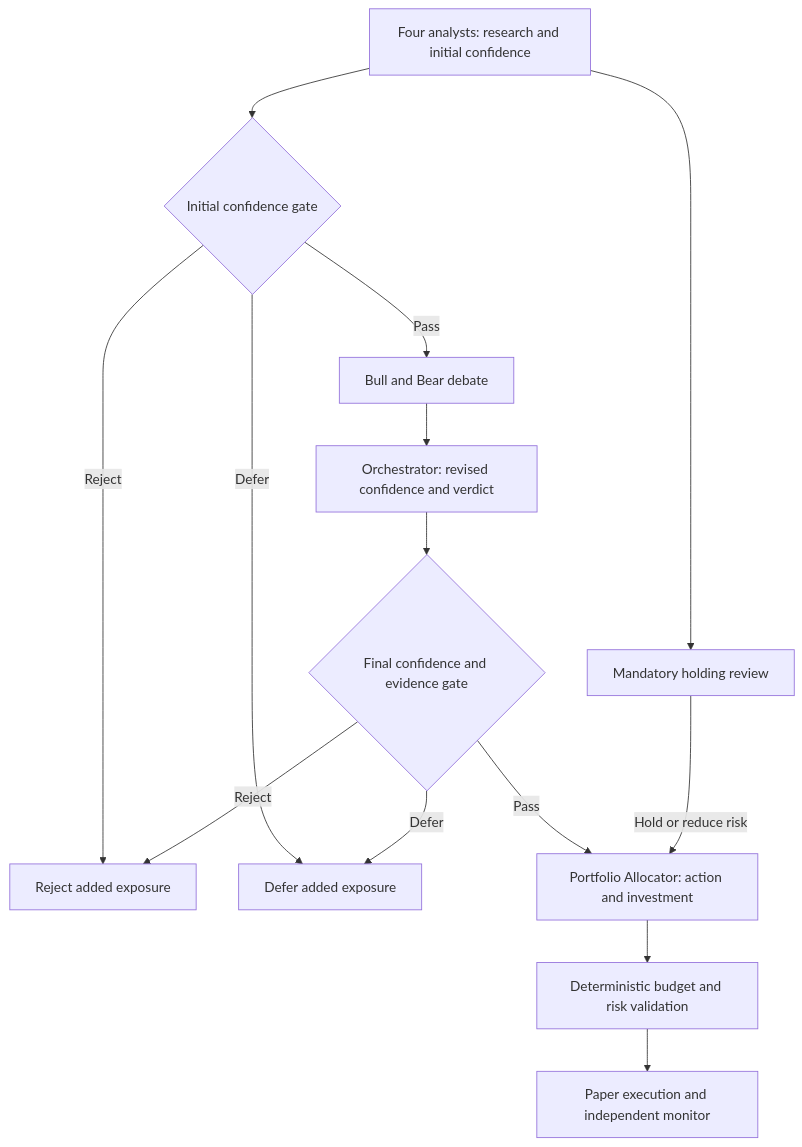
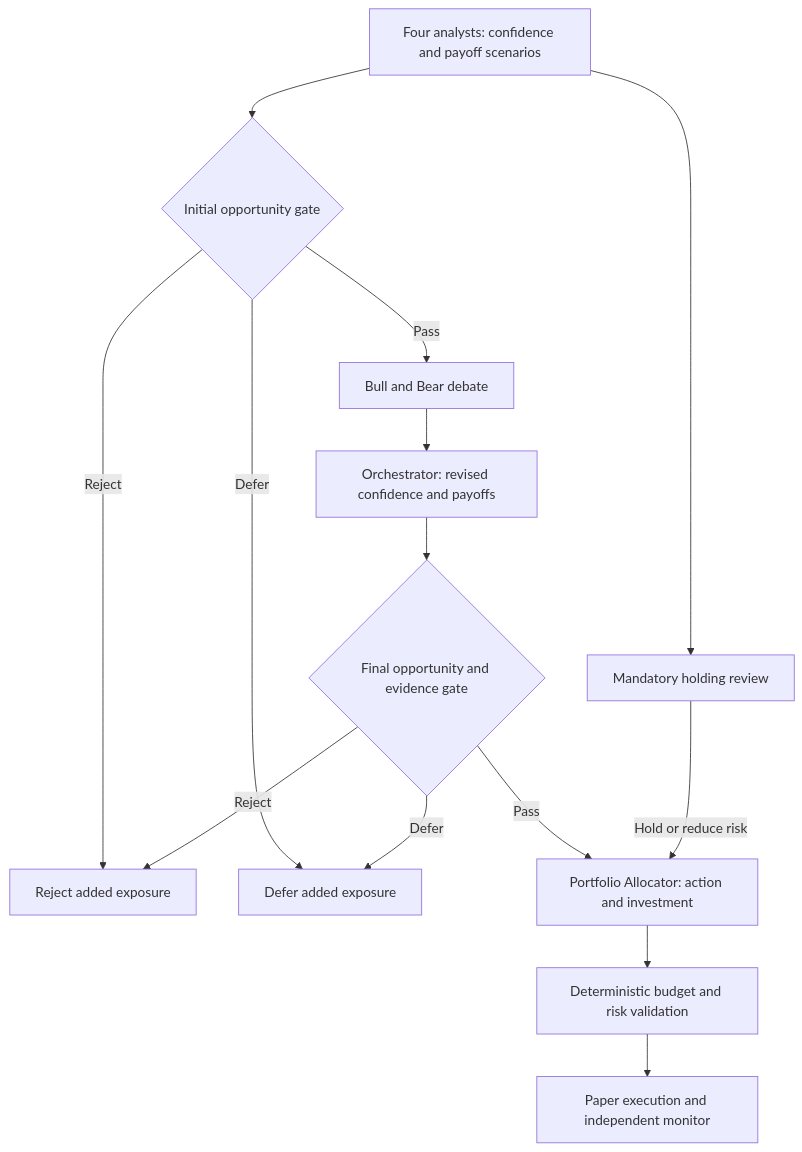
Before and after one commit to JKGiova/agentic-trading-workflow: the diagram in docs/architecture.md, drawn with Mermaid. The commit also changed other lines of this file and 15 other files, not shown here.

````diff
--- a/docs/architecture.md
+++ b/docs/architecture.md
@@ -22,16 +22,16 @@
 ```mermaid
 flowchart TD
-    A["Four analysts: research and initial confidence"] --> H["Mandatory holding review"]
-    A --> G{"Initial confidence gate"}
+    A["Four analysts: confidence and payoff scenarios"] --> H["Mandatory holding review"]
+    A --> G{"Initial opportunity gate"}
     G -->|Reject| X["Reject added exposure"]
     G -->|Defer| W["Defer added exposure"]
     G -->|Pass| B["Bull and Bear debate"]
-    B --> O["Orchestrator: revised confidence and verdict"]
-    O --> F{"Final confidence and evidence gate"}
+    B --> O["Orchestrator: revised confidence and payoffs"]
+    O --> F{"Final opportunity and evidence gate"}
     F -->|Reject| X
     F -->|Defer| W
     F -->|Pass| P["Portfolio Allocator: action and investment"]
     H -->|Hold or reduce risk| P
     P --> R["Deterministic budget and risk validation"]
     R --> E["Paper execution and independent monitor"]
 ```
````
